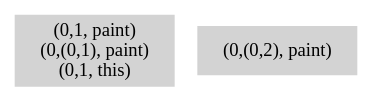
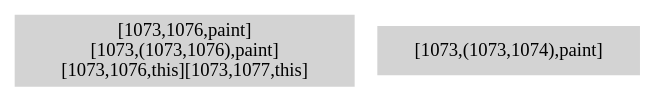
Before and after one commit to icst2021satool/source-code: the diagram in data/PiePlot/setBaseSectionPaint.dot, drawn with Graphviz. The commit also changed 737 other files, not shown here.

Commit message:
Removed code to trim the edges of the subsumption graph. It is costly and is not needed to calculted the unconstrained DUAs

```diff
--- a/data/PiePlot/setBaseSectionPaint.dot
+++ b/data/PiePlot/setBaseSectionPaint.dot
@@ -1,4 +1,4 @@
 digraph { 
-3379 [shape=box,style=filled,color=".0 .0 .83",label="(0,1, paint)\n(0,(0,1), paint)\n(0,1, this)"];
-3380 [shape=box,style=filled,color=".0 .0 .83",label="(0,(0,2), paint)"];
+3859 [shape=box,style=filled,color=".0 .0 .83",label="[1073,1076,paint]\n[1073,(1073,1076),paint]\n[1073,1076,this][1073,1077,this]"];
+3860 [shape=box,style=filled,color=".0 .0 .83",label="[1073,(1073,1074),paint]"];
 }
```
